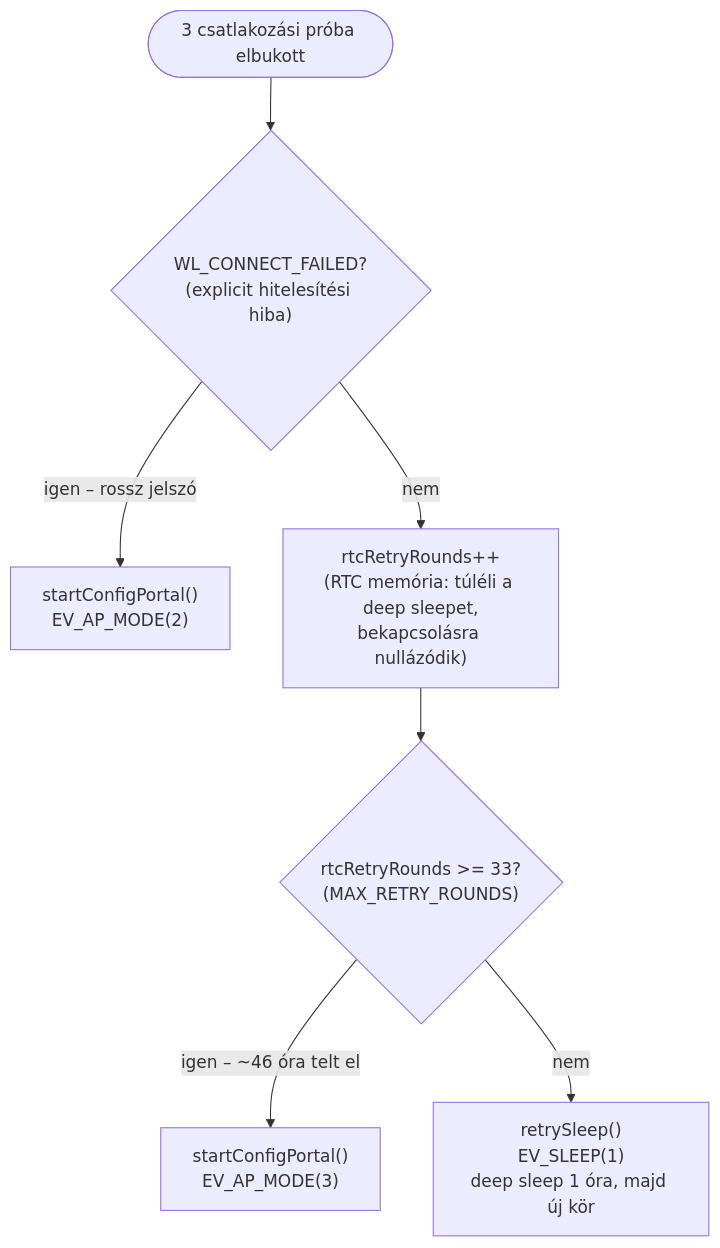
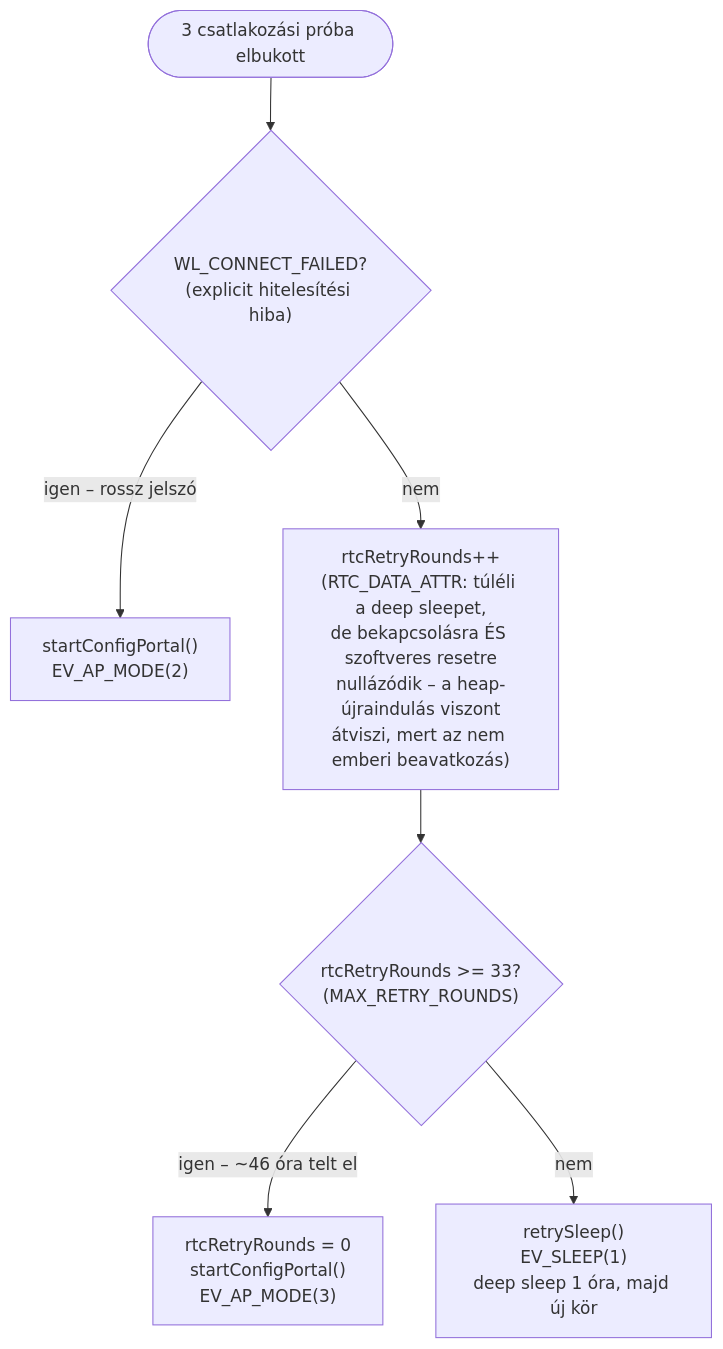
One commit to manszabi/bazsi-router-reboot changed the sixth of 9 diagrams in FOLYAMATABRA.md. Above: the diagram before and after it, drawn with Mermaid. The commit also changed other lines of this file, not shown here.

````diff
--- a/FOLYAMATABRA.md
+++ b/FOLYAMATABRA.md
@@ -195,9 +205,9 @@
 ```mermaid
 flowchart TD
     IN([3 csatlakozási próba elbukott]) --> AUTH{"WL_CONNECT_FAILED?<br>(explicit hitelesítési hiba)"}
     AUTH -->|"igen – rossz jelszó"| AP2["startConfigPortal()<br>EV_AP_MODE(2)"]
-    AUTH -->|nem| INC["rtcRetryRounds++<br>(RTC memória: túléli a deep sleepet,<br>bekapcsolásra nullázódik)"]
+    AUTH -->|nem| INC["rtcRetryRounds++<br>(RTC_DATA_ATTR: túléli a deep sleepet,<br>de bekapcsolásra ÉS szoftveres resetre<br>nullázódik – a heap-újraindulás viszont<br>átviszi, mert az nem emberi beavatkozás)"]
     INC --> R33{"rtcRetryRounds >= 33?<br>(MAX_RETRY_ROUNDS)"}
-    R33 -->|"igen – ~46 óra telt el"| AP3["startConfigPortal()<br>EV_AP_MODE(3)"]
+    R33 -->|"igen – ~46 óra telt el"| AP3["rtcRetryRounds = 0<br>startConfigPortal()<br>EV_AP_MODE(3)"]
     R33 -->|nem| SL["retrySleep()<br>EV_SLEEP(1)<br>deep sleep 1 óra, majd új kör"]
 ```
````
